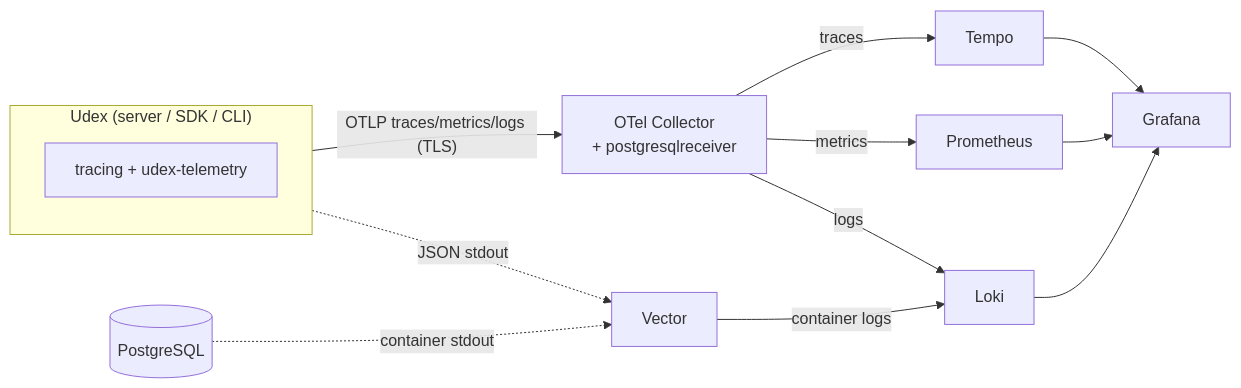
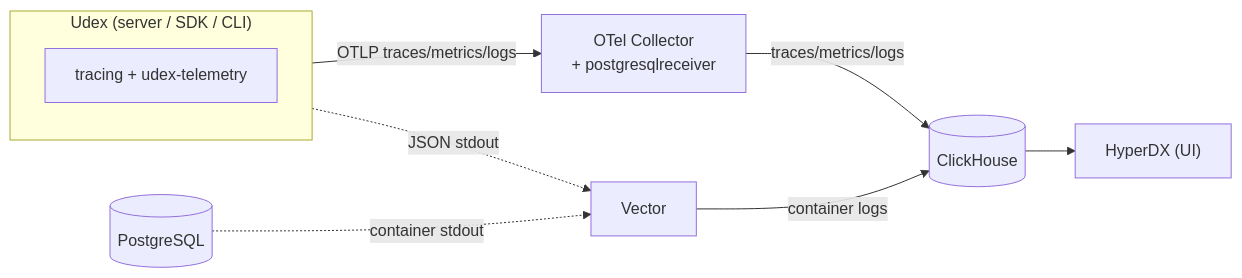
Before and after one commit to cperfect/udex: the diagram in docs/ARCHITECTURE.md, drawn with Mermaid. The commit also changed other lines of this file and 36 other files, not shown here.

````diff
--- a/docs/ARCHITECTURE.md
+++ b/docs/ARCHITECTURE.md
@@ -126,16 +126,12 @@
 ```mermaid
 flowchart LR
     subgraph app["Udex (server / SDK / CLI)"]
       a["tracing + udex-telemetry"]
     end
-    app -->|"OTLP traces/metrics/logs (TLS)"| col["OTel Collector<br/>+ postgresqlreceiver"]
+    app -->|"OTLP traces/metrics/logs"| col["OTel Collector<br/>+ postgresqlreceiver"]
     app -. "JSON stdout" .-> vec["Vector"]
     pg[("PostgreSQL")] -. "container stdout" .-> vec
-    col -->|"traces"| tempo["Tempo"]
-    col -->|"metrics"| prom["Prometheus"]
-    col -->|"logs"| loki["Loki"]
-    vec -->|"container logs"| loki
-    tempo --> graf["Grafana"]
-    prom --> graf
-    loki --> graf
+    col -->|"traces/metrics/logs"| ch[("ClickHouse")]
+    vec -->|"container logs"| ch
+    ch --> hdx["HyperDX (UI)"]
 ```
````
